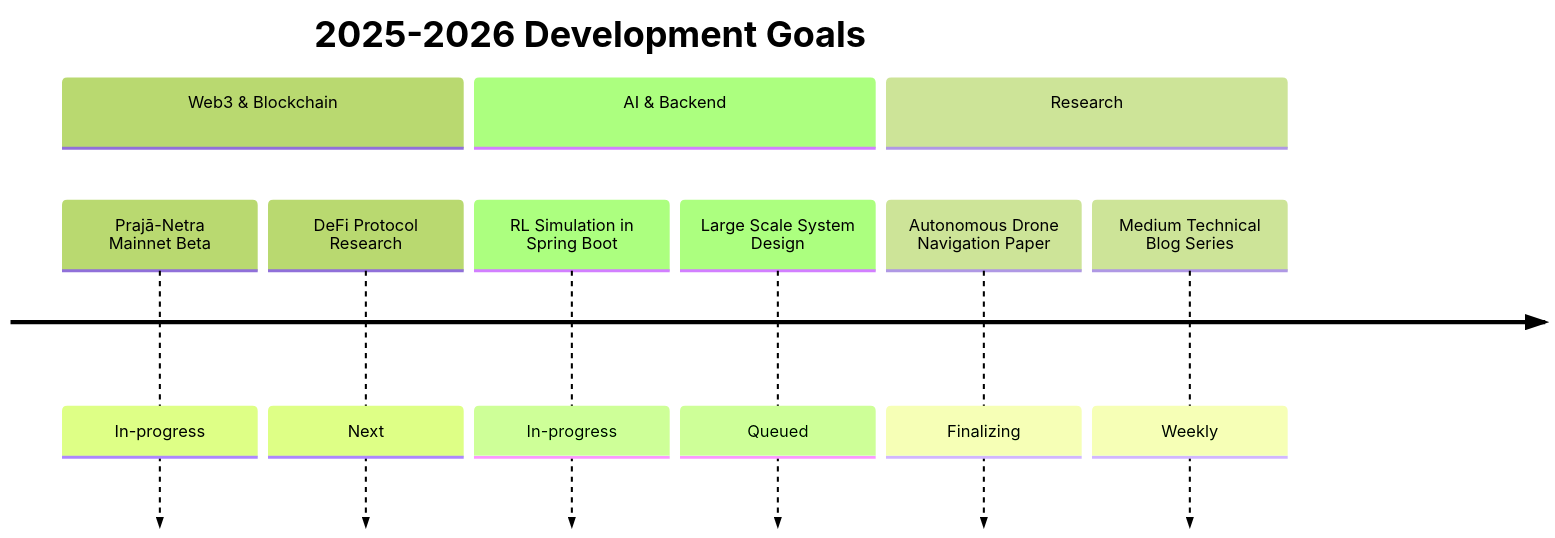
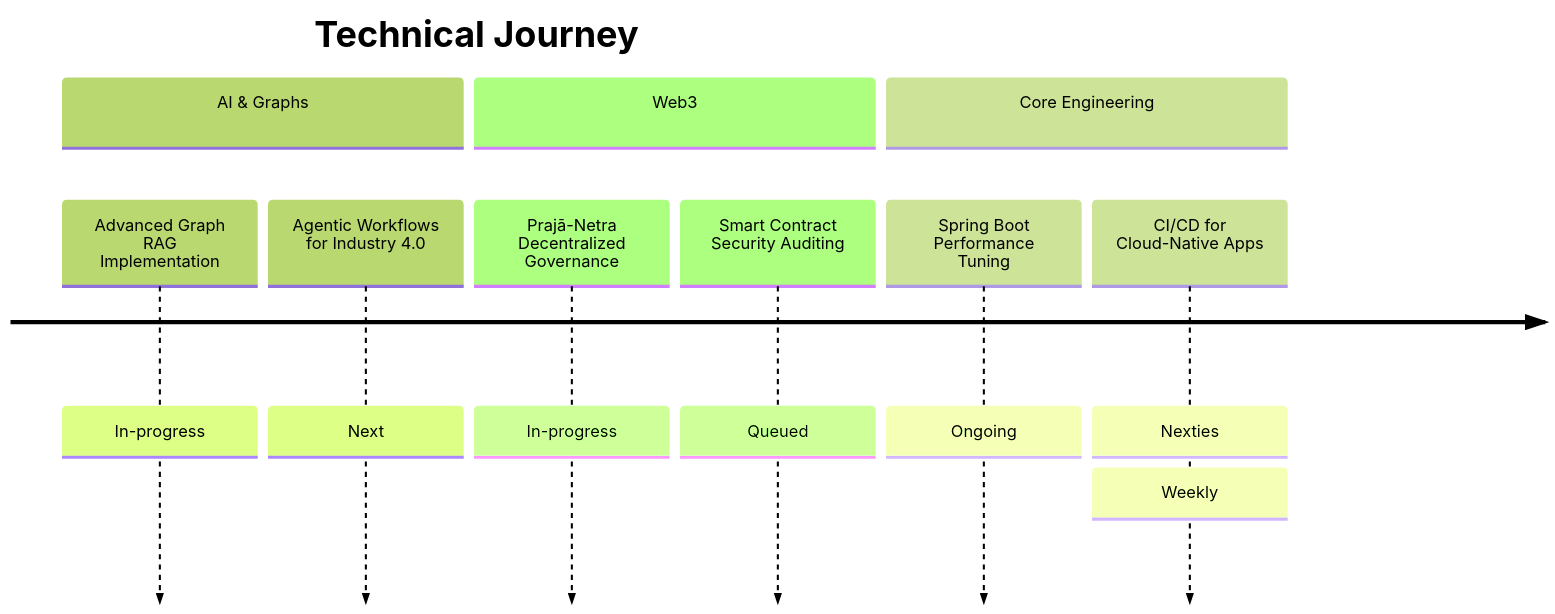
One commit to Prajwalkadam29/Prajwalkadam29 changed the diagram in README.md. Above: the diagram before and after it, drawn with Mermaid (forest theme). The commit also changed other lines of this file, not shown here.

````diff
--- a/README.md
+++ b/README.md
@@ -79,13 +97,13 @@
 ```mermaid
 timeline
-    title 2025-2026 Development Goals
-    section Web3 & Blockchain
-        Prajā-Netra Mainnet Beta : In-progress
-        DeFi Protocol Research : Next
-    section AI & Backend
-        RL Simulation in Spring Boot : In-progress
-        Large Scale System Design : Queued
-    section Research
-        Autonomous Drone Navigation Paper : Finalizing
-        Medium Technical Blog Series : Weekly
+    title Technical Journey
+    section AI & Graphs
+        Advanced Graph RAG Implementation : In-progress
+        Agentic Workflows for Industry 4.0 : Next
+    section Web3
+        Prajā-Netra Decentralized Governance : In-progress
+        Smart Contract Security Auditing : Queued
+    section Core Engineering
+        Spring Boot Performance Tuning : Ongoing
+        CI/CD for Cloud-Native Apps : Nexties : Weekly
 ```
````
